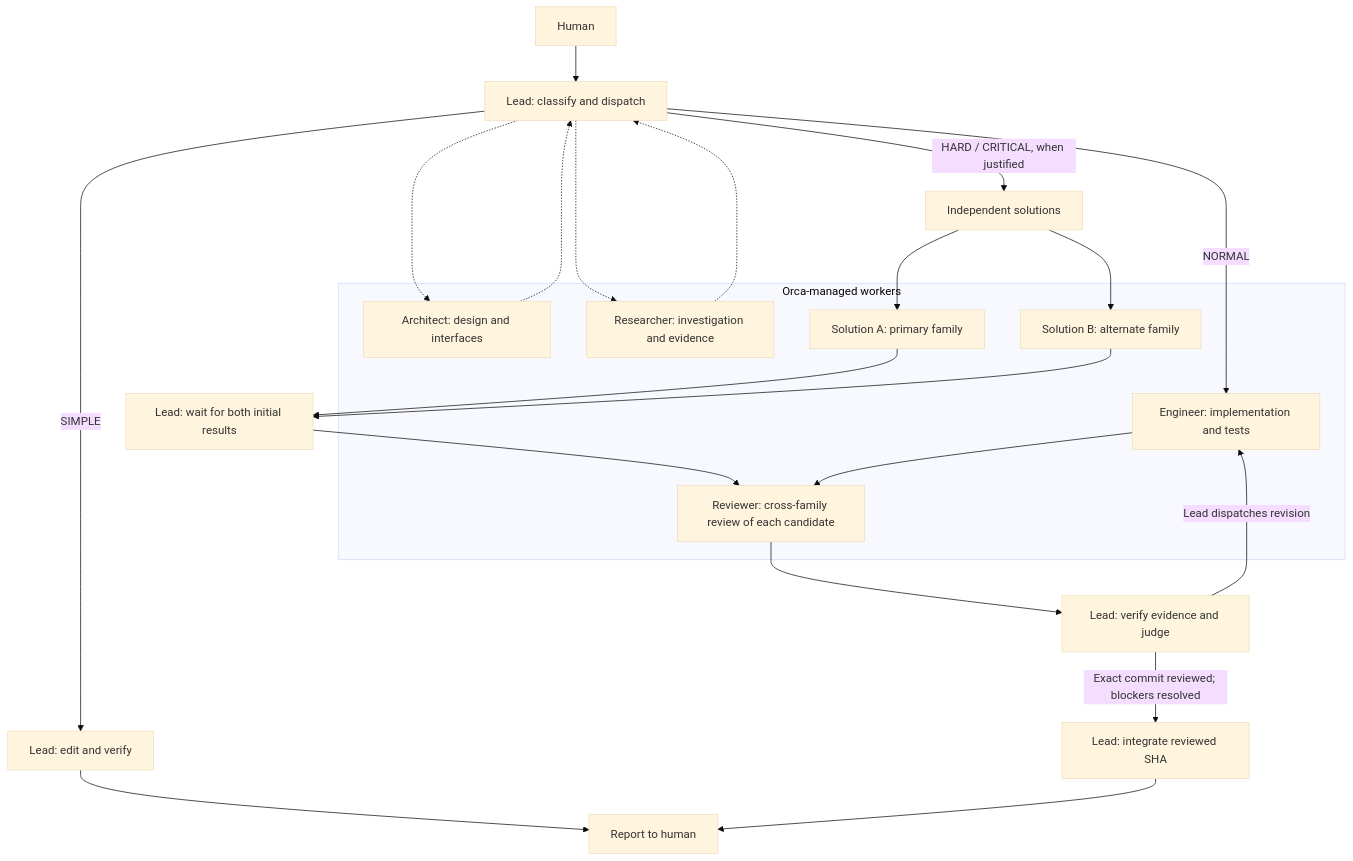
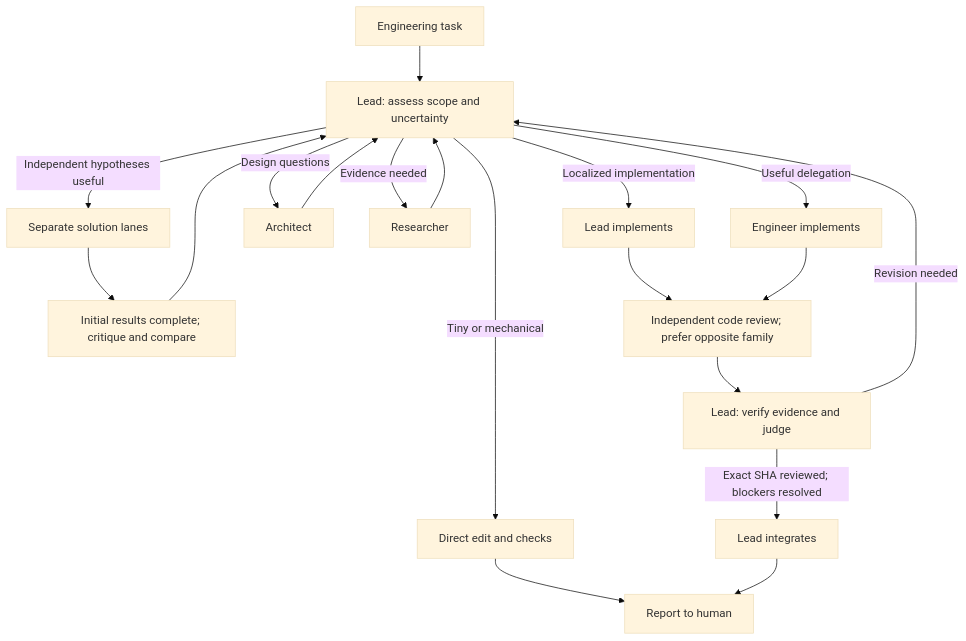
One commit to cafaddict/multi-ai changed the diagram in README.md. Above: the diagram before and after it, drawn with Mermaid (base theme). The commit also changed other lines of this file and 9 other files, not shown here.

````diff
--- a/README.md
+++ b/README.md
@@ -23,32 +14,21 @@
 ```mermaid
 flowchart TD
-    Human[Human] --> Lead["Lead: classify and dispatch"]
-    Lead -->|SIMPLE| Direct["Lead: edit and verify"]
-    Lead -->|NORMAL| Engineer
-    Lead -->|"HARD / CRITICAL, when justified"| Competition["Independent solutions"]
-    Lead -.-> Architect
-    Lead -.-> Researcher
-    Architect -.-> Lead
-    Researcher -.-> Lead
-
-    subgraph Workers["Orca-managed workers"]
-        Architect["Architect: design and interfaces"]
-        Researcher["Researcher: investigation and evidence"]
-        Engineer["Engineer: implementation and tests"]
-        A["Solution A: primary family"]
-        B["Solution B: alternate family"]
-        Review["Reviewer: cross-family review of each candidate"]
-    end
-
-    Competition --> A
-    Competition --> B
-    A --> Barrier["Lead: wait for both initial results"]
-    B --> Barrier
-    Barrier --> Review
+    Human["Engineering task"] --> Lead["Lead: assess scope and uncertainty"]
+    Lead -->|"Tiny or mechanical"| Direct["Direct edit and checks"]
+    Direct --> Report["Report to human"]
+    Lead -->|"Localized implementation"| Local["Lead implements"]
+    Lead -->|"Useful delegation"| Engineer["Engineer implements"]
+    Lead -->|"Design questions"| Architect["Architect"]
+    Lead -->|"Evidence needed"| Researcher["Researcher"]
+    Architect --> Lead
+    Researcher --> Lead
+    Lead -->|"Independent hypotheses useful"| Competition["Separate solution lanes"]
+    Competition --> Compare["Initial results complete; critique and compare"]
+    Compare --> Lead
+    Local --> Review["Independent code review; prefer opposite family"]
     Engineer --> Review
     Review --> Judge["Lead: verify evidence and judge"]
-    Judge -->|"Exact commit reviewed; blockers resolved"| Integrate["Lead: integrate reviewed SHA"]
-    Judge -->|"Lead dispatches revision"| Engineer
-    Direct --> Report["Report to human"]
+    Judge -->|"Exact SHA reviewed; blockers resolved"| Integrate["Lead integrates"]
+    Judge -->|"Revision needed"| Lead
     Integrate --> Report
 ```
````
